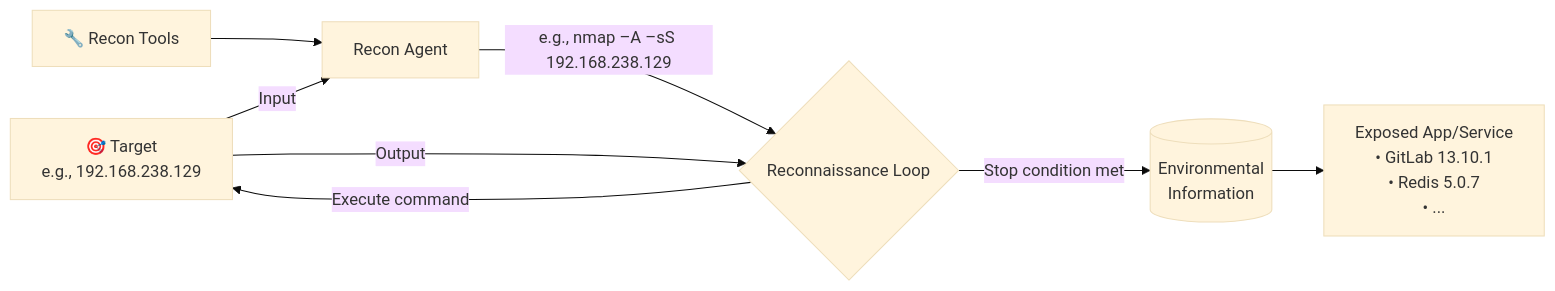
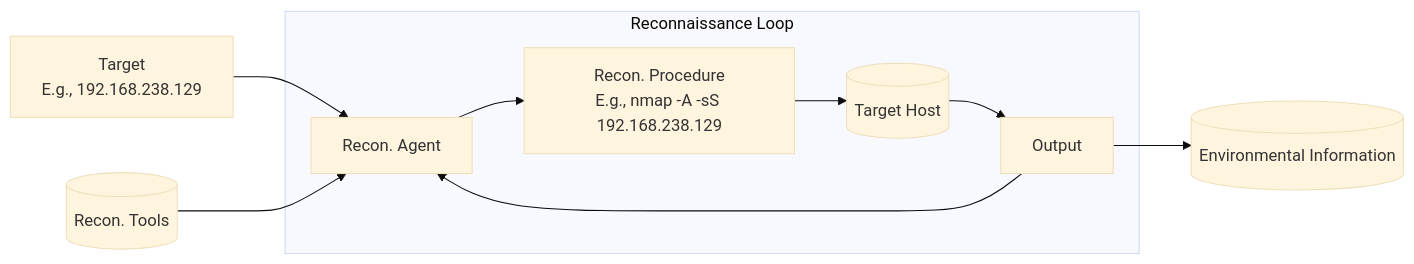
Before and after one commit to nishan-paul-2022/cmatrix-agentic-red-team: the second of 6 diagrams in docs/paper-research/md-downloaded-paper-curated/13-pentestagent-incorporating-llm-agents-to-automated.md, drawn with Mermaid (base theme). The commit also changed other lines of this file and 52 other files, not shown here.

````diff
--- a/docs/paper-research/md-downloaded-paper-curated/13-pentestagent-incorporating-llm-agents-to-automated.md
+++ b/docs/paper-research/md-downloaded-paper-curated/13-pentestagent-incorporating-llm-agents-to-automated.md
@@ -347,10 +238,15 @@
 ```mermaid
-flowchart LR
-    T["🎯 Target\ne.g., 192.168.238.129"] -->|Input| RA[Recon Agent]
-    TOOLS["🔧 Recon Tools"] --> RA
-    RA -->|"e.g., nmap –A –sS 192.168.238.129"| LOOP{Reconnaissance Loop}
-    LOOP -->|Execute command| T
-    T -->|Output| LOOP
-    LOOP -->|Stop condition met| EI[(Environmental\nInformation)]
-    EI --> APPS["Exposed App/Service\n• GitLab 13.10.1\n• Redis 5.0.7\n• ..."]
+
+graph LR
+    Target[Target\nE.g., 192.168.238.129] --> ReconAgent
+    ReconTools[(Recon. Tools)] --> ReconAgent
+    
+    subgraph Reconnaissance Loop
+        ReconAgent[Recon. Agent] --> ReconProc[Recon. Procedure\nE.g., nmap -A -sS 192.168.238.129]
+        ReconProc --> TargetHost[(Target Host)]
+        TargetHost --> Output[Output]
+        Output --> ReconAgent
+    end
+    
+    Output --> EnvInfo[(Environmental Information)]
 ```
````
